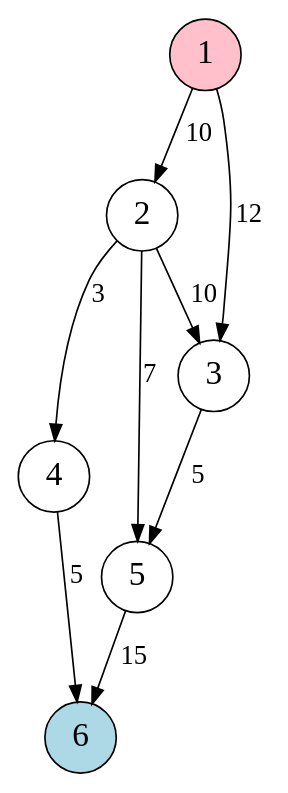
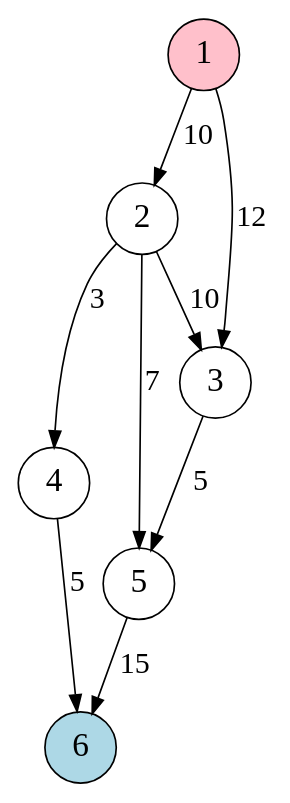
One commit to AdrianMatei20/FlowAlgorithmsVisualized changed the diagram in NetworkData/Networks/Network_1.dot. Above: the diagram before and after it, drawn with Graphviz. The commit also changed 9 other files, not shown here.

Commit message:
Residual network animation and flow network animation at the same time.

```diff
--- a/NetworkData/Networks/Network_1.dot
+++ b/NetworkData/Networks/Network_1.dot
@@ -1,19 +1,19 @@
 digraph {
 
     1 [label="1", pos="0,1!", fontsize="20px", shape="circle", style="filled", fillcolor="pink"];
     2 [label="2", pos="1,2!", fontsize="20px", shape="circle"];
     3 [label="3", pos="1,0!", fontsize="20px", shape="circle"];
     4 [label="4", pos="3,2!", fontsize="20px", shape="circle"];
     5 [label="5", pos="3,0!", fontsize="20px", shape="circle"];
     6 [label="6", pos="4,1!", fontsize="20px", shape="circle", style="filled", fillcolor="lightblue"];
 
-    1 -> 2 [label="10", fontsize="16px"];
-    1 -> 3 [label="12", fontsize="16px"];
-    2 -> 3 [label="10", fontsize="16px"];
-    2 -> 4 [label="3", fontsize="16px"];
-    2 -> 5 [label="7", fontsize="16px"];
-    3 -> 5 [label="5", fontsize="16px"];
-    4 -> 6 [label="5", fontsize="16px"];
-    5 -> 6 [label="15", fontsize="16px"];
+    1 -> 2 [label="10", fontsize="18px"];
+    1 -> 3 [label="12", fontsize="18px"];
+    2 -> 3 [label="10", fontsize="18px"];
+    2 -> 4 [label="3", fontsize="18px"];
+    2 -> 5 [label="7", fontsize="18px"];
+    3 -> 5 [label="5", fontsize="18px"];
+    4 -> 6 [label="5", fontsize="18px"];
+    5 -> 6 [label="15", fontsize="18px"];
 
 }
```
